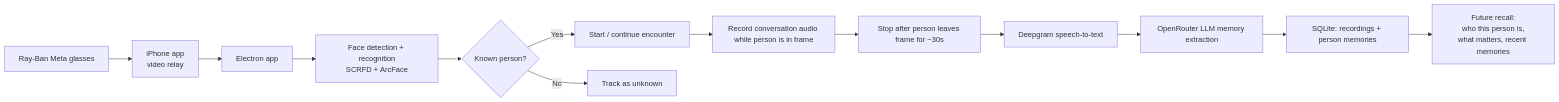
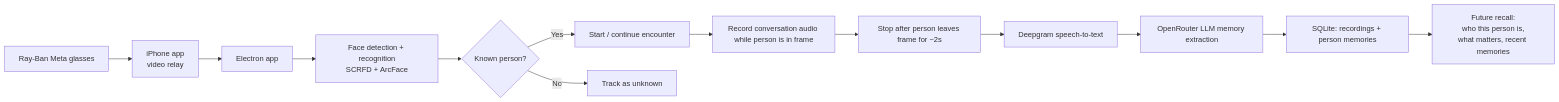
One commit to nwang783/emory changed the diagram in README.md. Above: the diagram before and after it, drawn with Mermaid. The commit also changed other lines of this file and 1 other file, not shown here.

Commit message:
Fixed bug in webcam flow

````diff
--- a/README.md
+++ b/README.md
@@ -20,15 +20,15 @@
 ```mermaid
 flowchart LR
   A["Ray-Ban Meta glasses"] --> B["iPhone app<br/>video relay"]
   B --> C["Electron app"]
   C --> D["Face detection + recognition<br/>SCRFD + ArcFace"]
   D --> E{"Known person?"}
   E -->|Yes| F["Start / continue encounter"]
   F --> G["Record conversation audio while person is in frame"]
-  G --> H["Stop after person leaves frame for ~30s"]
+  G --> H["Stop after person leaves frame for ~2s"]
   H --> I["Deepgram speech-to-text"]
   I --> J["OpenRouter LLM memory extraction"]
   J --> K["SQLite: recordings + person memories"]
   K --> L["Future recall:<br/>who this person is,<br/>what matters, recent memories"]
   E -->|No| M["Track as unknown"]
 ```
````
